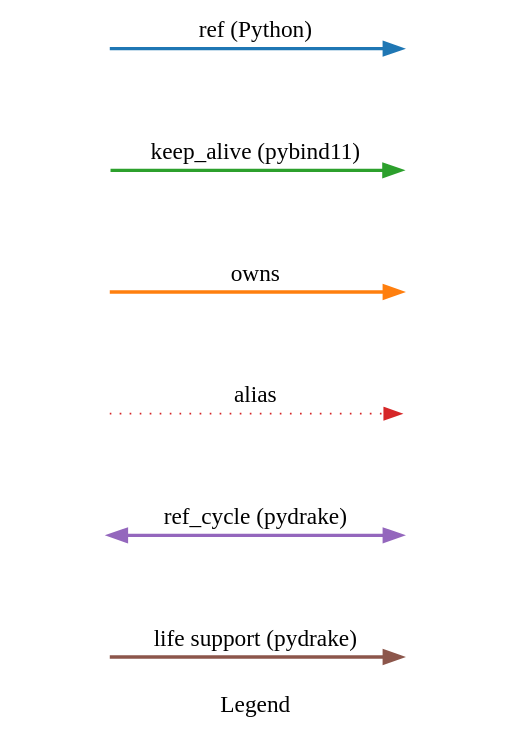
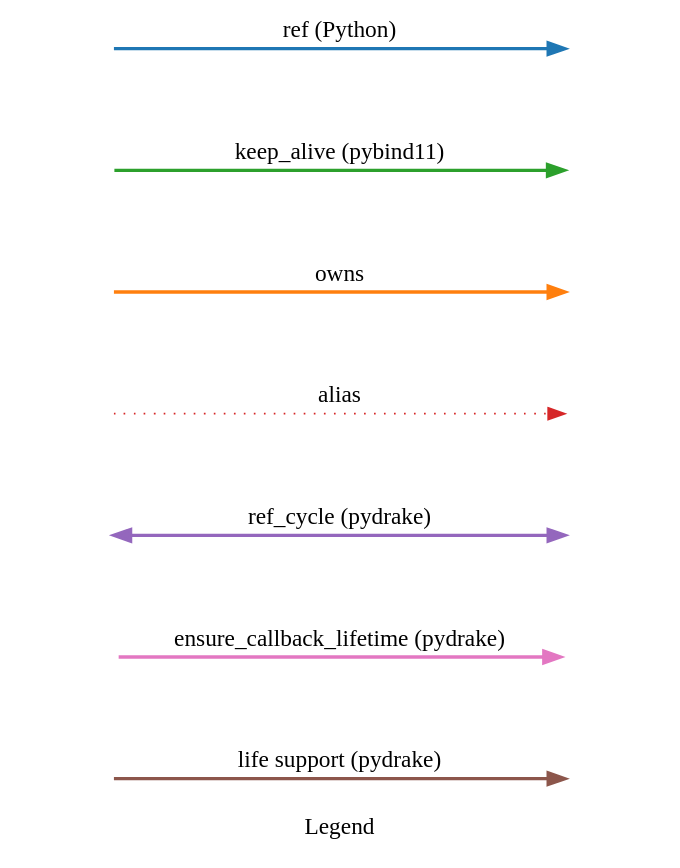
Before and after one commit to rpoyner-tri/drake: the diagram in dot/legend.dot, drawn with Graphviz. The commit also changed 4 other files, not shown here.

First line of the commit message:
Add diagrams for PR #25093 callback lifetime fixes

```diff
--- a/dot/legend.dot
+++ b/dot/legend.dot
@@ -1,47 +1,54 @@
 digraph G {
   label="Legend";
   node [style=invis];
   
   {
     edge [color="#1F77B4", style=bold, label="ref (Python)", constraint=false];
     r1 -> r2;
   }
   
   {
     edge [color="#2CA02C", style=bold, label="keep_alive (pybind11)", constraint=false];
     ka1 -> ka2;
   }
   
   {
     edge [color="#FF7F0E", style=bold, label="owns", constraint=false];
     o1 -> o2;
   }
   
   {
     edge [color="#D62728", style=dotted, label="alias", constraint=false];
     a1 -> a2;
   }
 
   {
     edge [color="#9467BD", style=bold, label="ref_cycle (pydrake)", constraint=false, dir=both];
     rc1 -> rc2;
   }
 
   {
+    edge [color="#E377C2", style=bold, label="ensure_callback_lifetime (pydrake)", constraint=false];
+    ecl1 -> ecl2;
+  }
+
+  {
     edge [color="#8C564B", style=bold, label="life support (pydrake)", constraint=false];
     ls1 -> ls2;
   }
 
   edge [style=invis];
   r1 -> ka1;
   ka1 -> o1;
   o1 -> a1;
   a1 -> rc1;
-  rc1 -> ls1;
+  rc1 -> ecl1;
+  ecl1 -> ls1;
   
   r2 -> ka2;
   ka2 -> o2;
   o2 -> a2;
   a2 -> rc2;
-  rc2 -> ls2;
+  rc2 -> ecl2;
+  ecl2 -> ls2;
 }
```
